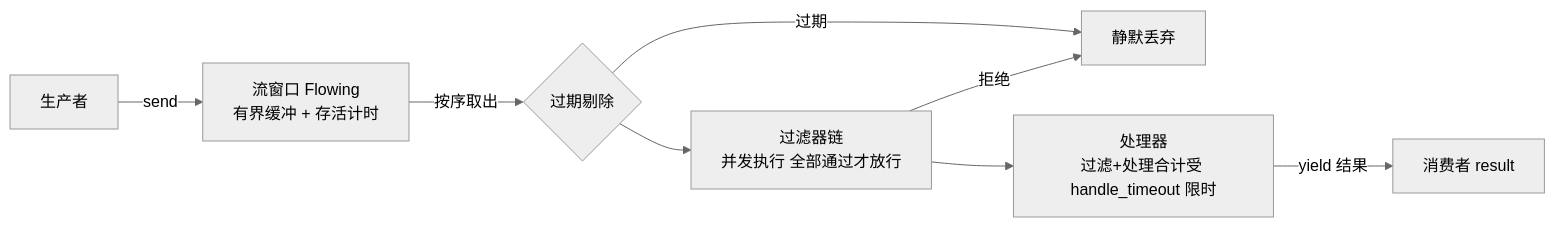
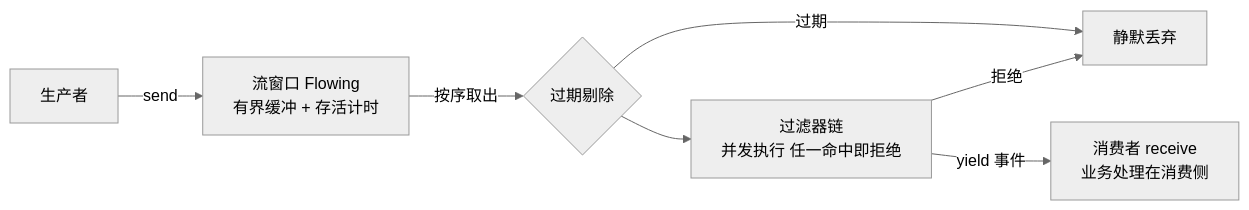
The diagram in README.md (Mesail-AI/bitongue), drawn with Mermaid (neutral theme) before and after one commit. The commit also changed other lines of this file and 15 other files, not shown here.

````diff
--- a/README.md
+++ b/README.md
@@ -150,10 +136,9 @@
 ```mermaid
 flowchart LR
     P[生产者] -->|send| W[流窗口 Flowing<br>有界缓冲 + 存活计时]
     W -->|按序取出| D{过期剔除}
     D -->|过期| X[静默丢弃]
-    D --> F[过滤器链<br>并发执行 全部通过才放行]
+    D --> F[过滤器链<br>并发执行 任一命中即拒绝]
     F -->|拒绝| X
-    F --> H[处理器<br>过滤+处理合计受 handle_timeout 限时]
-    H -->|yield 结果| C[消费者 result]
+    F -->|yield 事件| C[消费者 receive<br>业务处理在消费侧]
 ```
````
